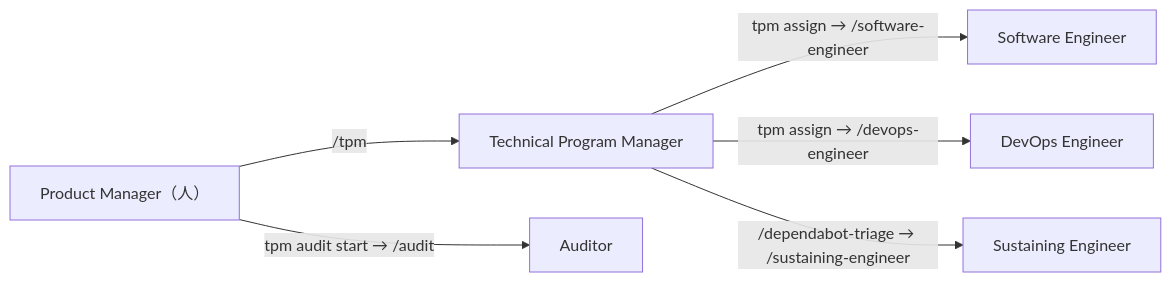
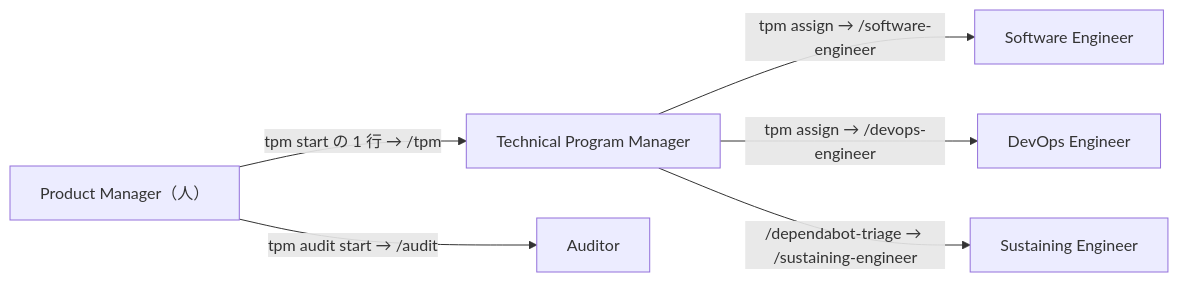
Before and after one commit to uraitakahito/roster: the diagram in docs-site/src/content/docs/index.md, drawn with Mermaid. The commit also changed 1 other file, not shown here.

Commit message:
docs: TPM 担当を起こす手を tpm start の 1 行と書く（t-csjc）
index の図と skill の表は、TPM 担当を起こす手を /tpm とだけ書いていた。実際は、
Product Manager が tpm start の出す 1 行を打ち、/tpm はその 1 行の最初の入力（cli/src/command.ts）。
Auditor の側（tpm audit start → /audit）と並べて読めるように合わせる。

Claude-Session: https://claude.ai/code/session_01TRqfaQxCWKXCvFKt87hs6a

````diff
--- a/docs-site/src/content/docs/index.md
+++ b/docs-site/src/content/docs/index.md
@@ -12,8 +12,8 @@
 ```mermaid
 flowchart LR
-  PM["Product Manager（人）"] -->|"/tpm"| TPM["Technical Program Manager"]
+  PM["Product Manager（人）"] -->|"tpm start の 1 行 → /tpm"| TPM["Technical Program Manager"]
   TPM -->|"tpm assign → /software-engineer"| SE["Software Engineer"]
   TPM -->|"tpm assign → /devops-engineer"| DE["DevOps Engineer"]
   TPM -->|"/dependabot-triage → /sustaining-engineer"| SU["Sustaining Engineer"]
   PM -->|"tpm audit start → /audit"| AU["Auditor"]
 ```
````
